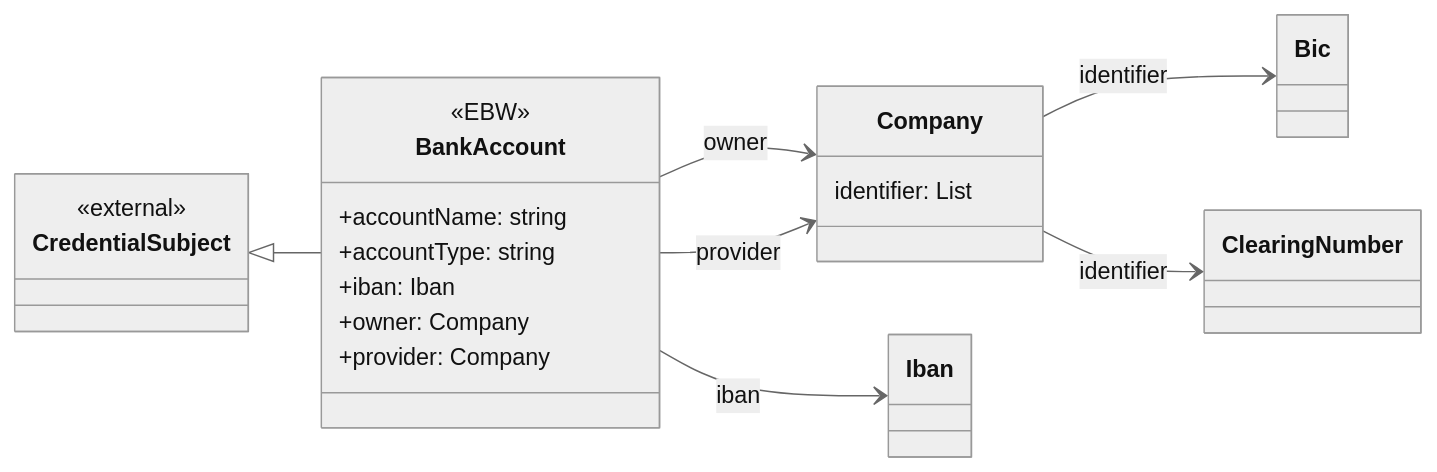
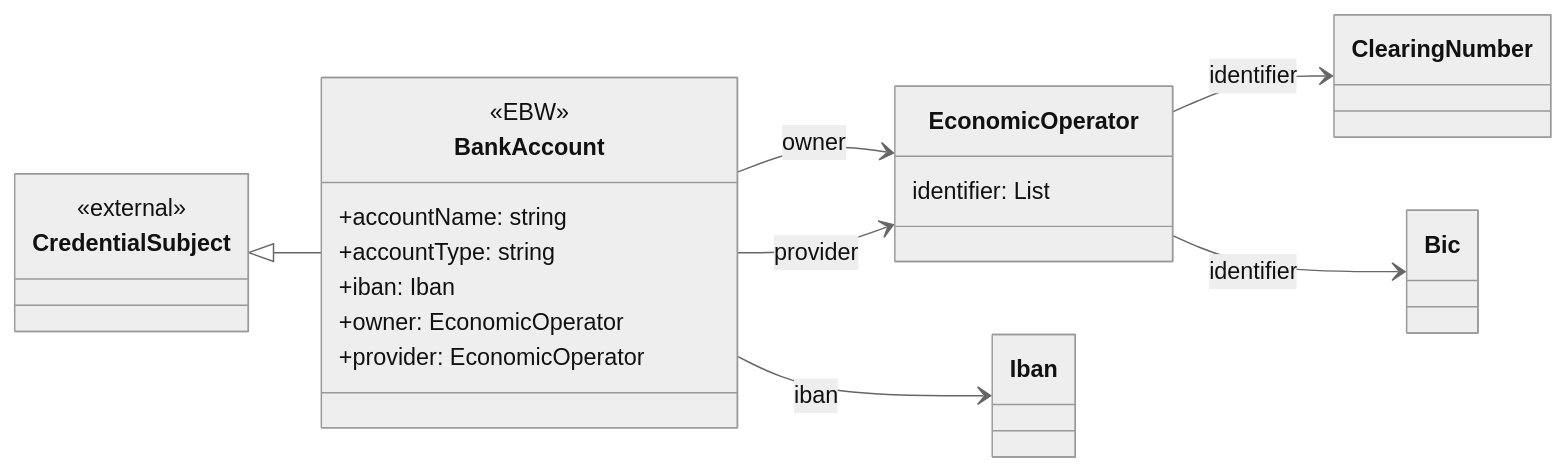
Before and after one commit to webuild-consortium/wp4-semantics-group: the diagram in vocab/src/class-diagram-bank-account.mermaid, drawn with Mermaid (neutral theme). The commit also changed 13 other files, not shown here.

Commit message:
add: incorporate comments from review: * identifier list based on data types * enriched economic operator

```diff
--- a/vocab/src/class-diagram-bank-account.mermaid
+++ b/vocab/src/class-diagram-bank-account.mermaid
@@ -1,44 +1,44 @@
 classDiagram
     direction LR
 %% =========================
 %% Core EBW Classes
 %% =========================
     class BankAccount {
         <<EBW>>
         +accountName: string
         +accountType: string
         +iban: Iban
-        +owner: Company
-        +provider: Company
+        +owner: EconomicOperator
+        +provider: EconomicOperator
     }
 
-    class Company {
+    class EconomicOperator {
         identifier: List
     }
 
     class Bic
 
     class Iban
 
     class ClearingNumber
 
 %% =========================
 %% External / Referenced Types
 %% =========================
     class CredentialSubject {
         <<external>>
     }
 
 %% =========================
 %% Inheritance
 %% =========================
     CredentialSubject <|-- BankAccount
 
 %% =========================
 %% Properties (Object relations)
 %% =========================
-    BankAccount --> Company: owner
-    BankAccount --> Company: provider
+    BankAccount --> EconomicOperator: owner
+    BankAccount --> EconomicOperator: provider
     BankAccount --> Iban : iban
-    Company --> Bic : identifier
-    Company --> ClearingNumber : identifier
+    EconomicOperator --> ClearingNumber : identifier
+    EconomicOperator --> Bic : identifier
```
